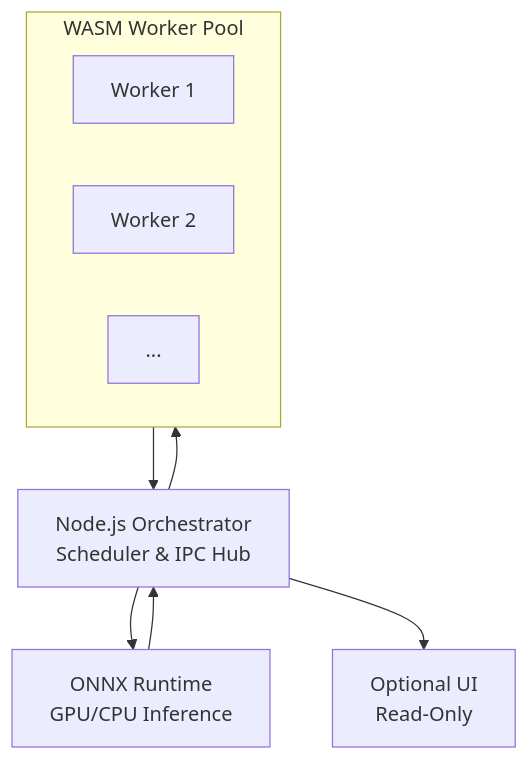
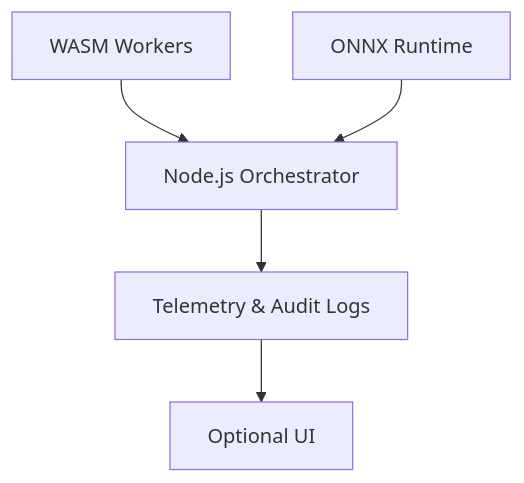
Before and after one commit to Chen-Software/wasm-engine: the second of 3 diagrams in docs/ARCHITECTURE.md, drawn with Mermaid. The commit also changed other lines of this file and 3 other files, not shown here.

````diff
--- a/docs/ARCHITECTURE.md
+++ b/docs/ARCHITECTURE.md
@@ -83,17 +108,13 @@
 ```mermaid
 graph TD
-    O["Node.js Orchestrator<br>Scheduler & IPC Hub"]
-    subgraph W["WASM Worker Pool"]
-        W1["Worker 1"]
-        W2["Worker 2"]
-        Wn["..."]
-    end
-    ONNX["ONNX Runtime<br>GPU/CPU Inference"]
-    UI["Optional UI<br>Read-Only"]
+    Orchestrator["Node.js Orchestrator"]
+    WASM["WASM Workers"]
+    ONNX["ONNX Runtime"]
+    UI["Optional UI"]
+    Telemetry["Telemetry & Audit Logs"]
 
-    O --> W
-    O --> ONNX
-    O --> UI
-    W --> O
-    ONNX --> O
+    WASM --> Orchestrator
+    ONNX --> Orchestrator
+    Orchestrator --> Telemetry
+    Telemetry --> UI
 ```
````
